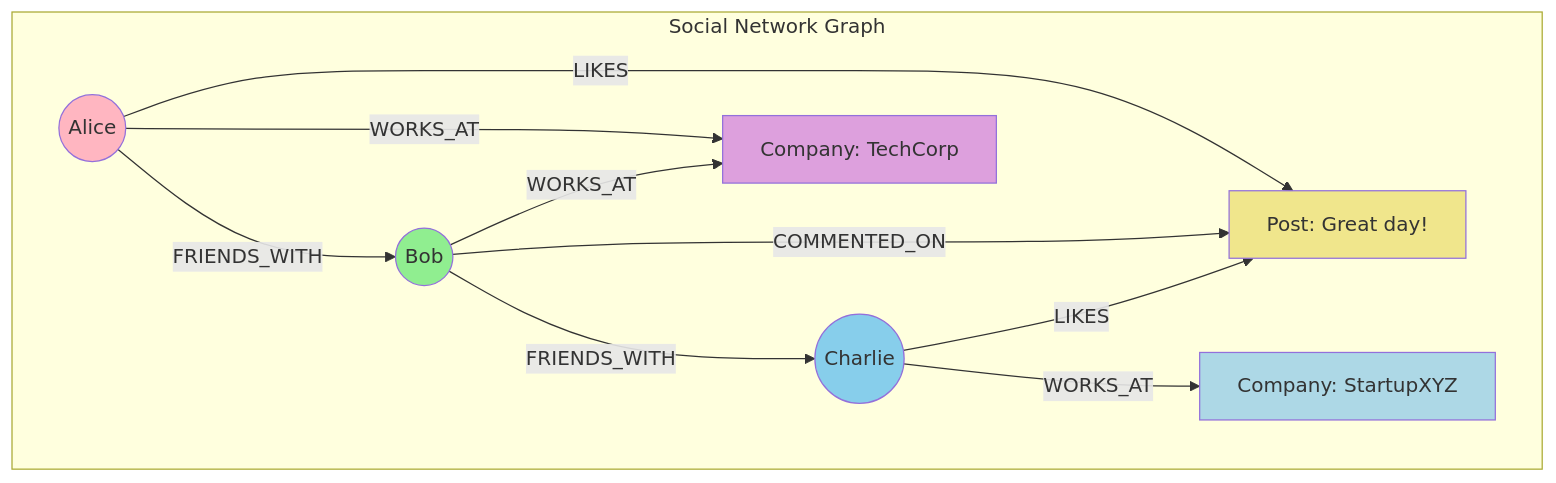
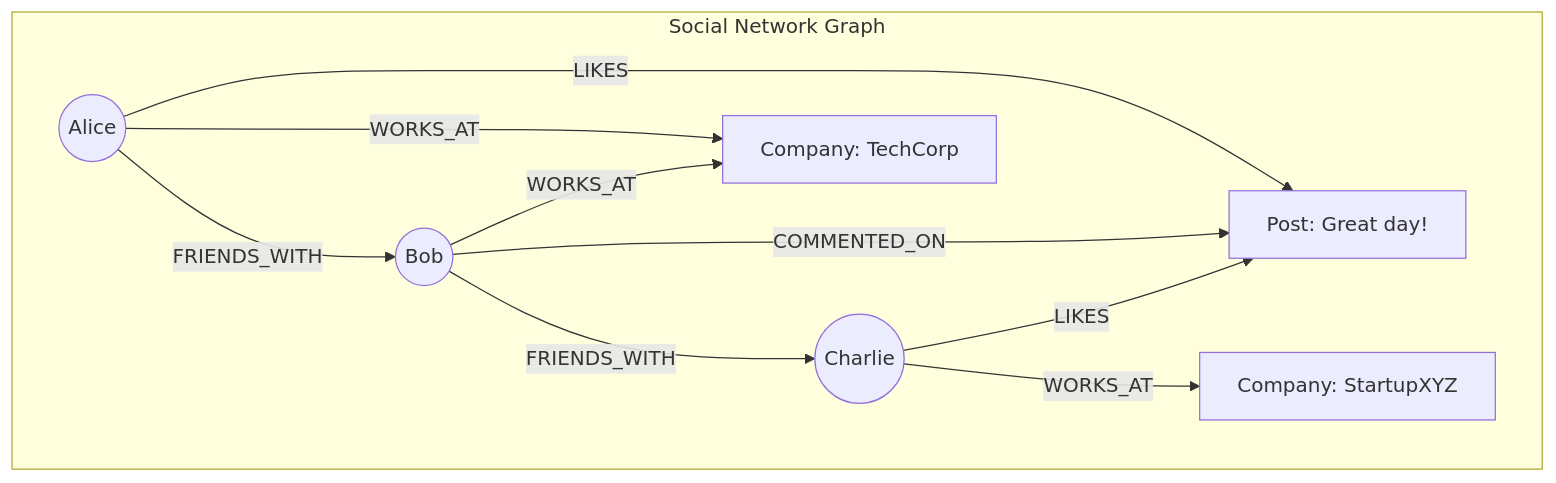
The ninth of 15 diagrams in databases/docs/nosql.md (Ritahchanger/system_design), drawn with Mermaid before and after one commit. The commit also changed other lines of this file and 5 other files, not shown here.

Commit message:
Updated visual diagrams and added readme for database case studies

````diff
--- a/databases/docs/nosql.md
+++ b/databases/docs/nosql.md
@@ -399,21 +386,15 @@
 ```mermaid
 graph TB
     subgraph "Social Network Graph"
         Alice((Alice)) -->|FRIENDS_WITH| Bob((Bob))
         Bob -->|FRIENDS_WITH| Charlie((Charlie))
         Alice -->|LIKES| Post1[Post: Great day!]
         Bob -->|COMMENTED_ON| Post1
         Charlie -->|LIKES| Post1
         Alice -->|WORKS_AT| Company1[Company: TechCorp]
         Bob -->|WORKS_AT| Company1
         Charlie -->|WORKS_AT| Company2[Company: StartupXYZ]
     end
-    
-    style Alice fill:#FFB6C1
-    style Bob fill:#90EE90
-    style Charlie fill:#87CEEB
-    style Post1 fill:#F0E68C
-    style Company1 fill:#DDA0DD
-    style Company2 fill:#ADD8E6
+  
 
 ```
````
